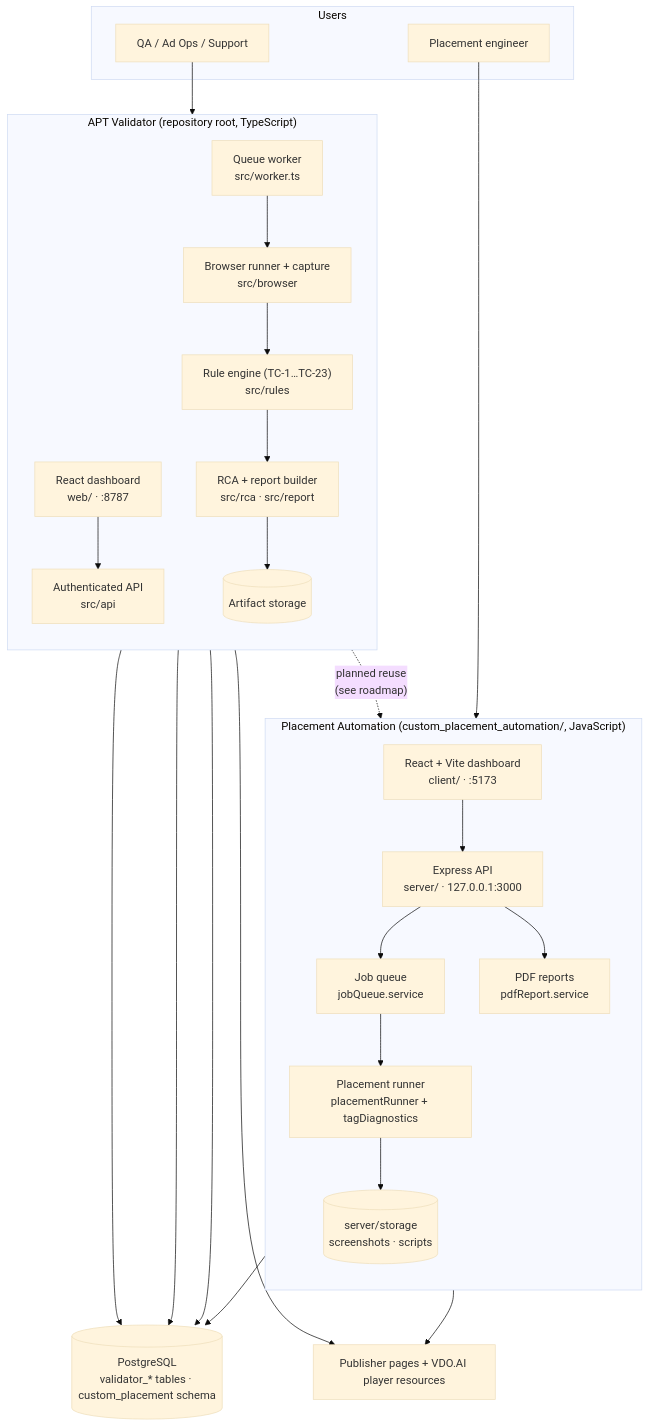
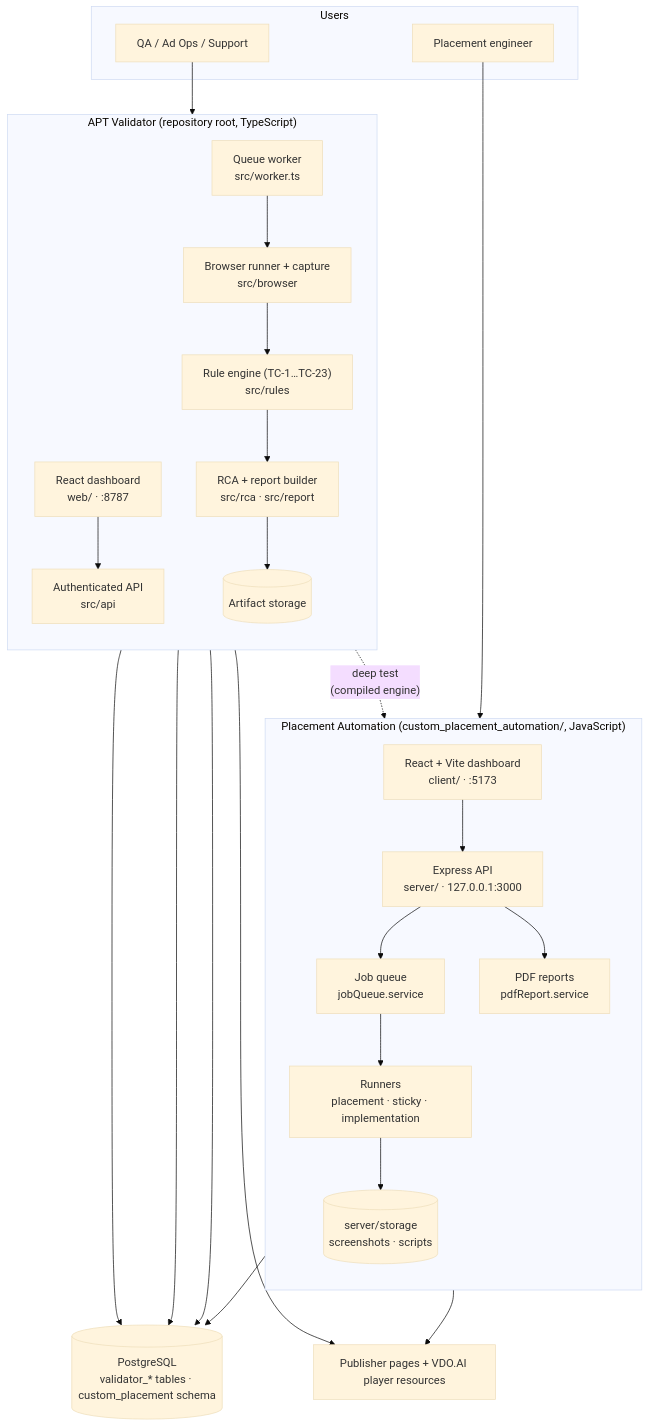
One commit to chetanya1998/VDO.ai-Automated-Player-Testing-APT--Tool changed the first of 13 diagrams in README.md. Above: the diagram before and after it, drawn with Mermaid (base theme). The commit also changed other lines of this file and 2 other files, not shown here.

````diff
--- a/README.md
+++ b/README.md
@@ -34,46 +39,46 @@
 ```mermaid
 flowchart TB
     subgraph Users
       QA["QA / Ad Ops / Support"]
       DEV["Placement engineer"]
     end
 
     subgraph APT["APT Validator (repository root, TypeScript)"]
       direction TB
       WEB["React dashboard<br/>web/ · :8787"]
       API["Authenticated API<br/>src/api"]
       WORKER["Queue worker<br/>src/worker.ts"]
       BR1["Browser runner + capture<br/>src/browser"]
       RULES["Rule engine (TC-1…TC-23)<br/>src/rules"]
       RCA["RCA + report builder<br/>src/rca · src/report"]
       ART[("Artifact storage")]
     end
 
     subgraph CPA["Placement Automation (custom_placement_automation/, JavaScript)"]
       direction TB
       UI["React + Vite dashboard<br/>client/ · :5173"]
       EXP["Express API<br/>server/ · 127.0.0.1:3000"]
       QUEUE["Job queue<br/>jobQueue.service"]
-      RUNNER["Placement runner<br/>placementRunner + tagDiagnostics"]
+      RUNNER["Runners<br/>placement · sticky · implementation"]
       PDF["PDF reports<br/>pdfReport.service"]
       FILES[("server/storage<br/>screenshots · scripts")]
     end
 
     PG[("PostgreSQL<br/>validator_* tables · custom_placement schema")]
     PUB["Publisher pages + VDO.AI player resources"]
 
     QA --> WEB --> API
     API --> PG
     WORKER --> PG
     WORKER --> BR1 --> PUB
     BR1 --> RULES --> RCA --> PG
     RCA --> ART
 
     DEV --> UI --> EXP
     EXP --> QUEUE --> PG
     QUEUE --> RUNNER --> PUB
     RUNNER --> FILES
     EXP --> PDF
 
-    RULES -. "planned reuse<br/>(see roadmap)" .-> RUNNER
+    RULES -. "deep test<br/>(compiled engine)" .-> RUNNER
 ```
````
